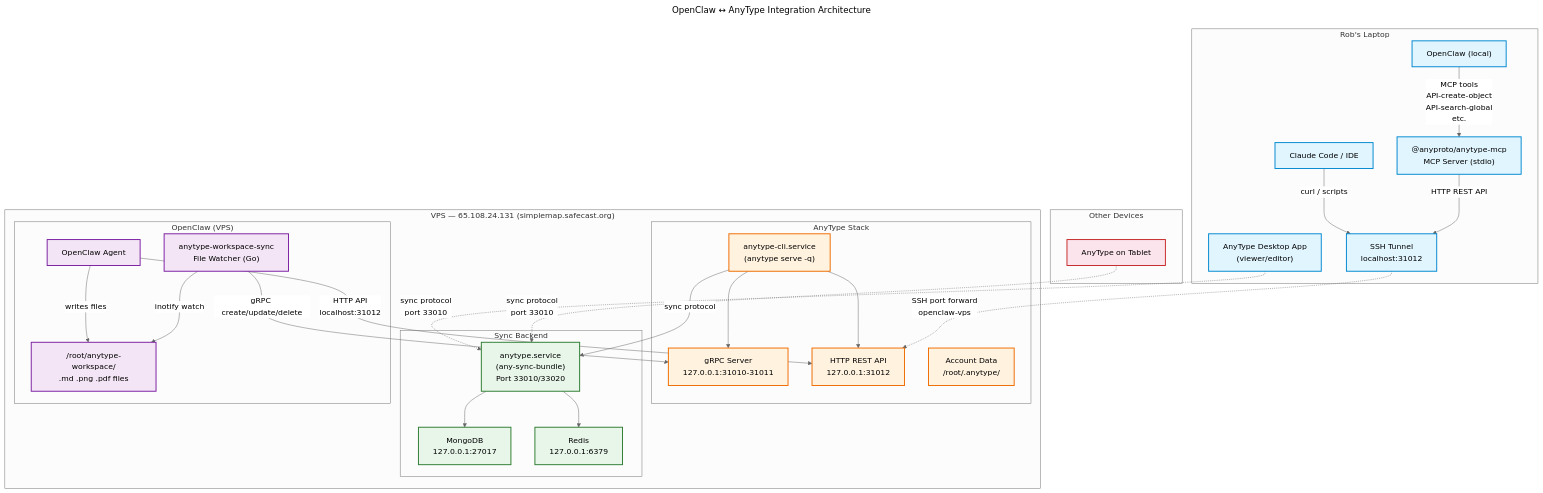
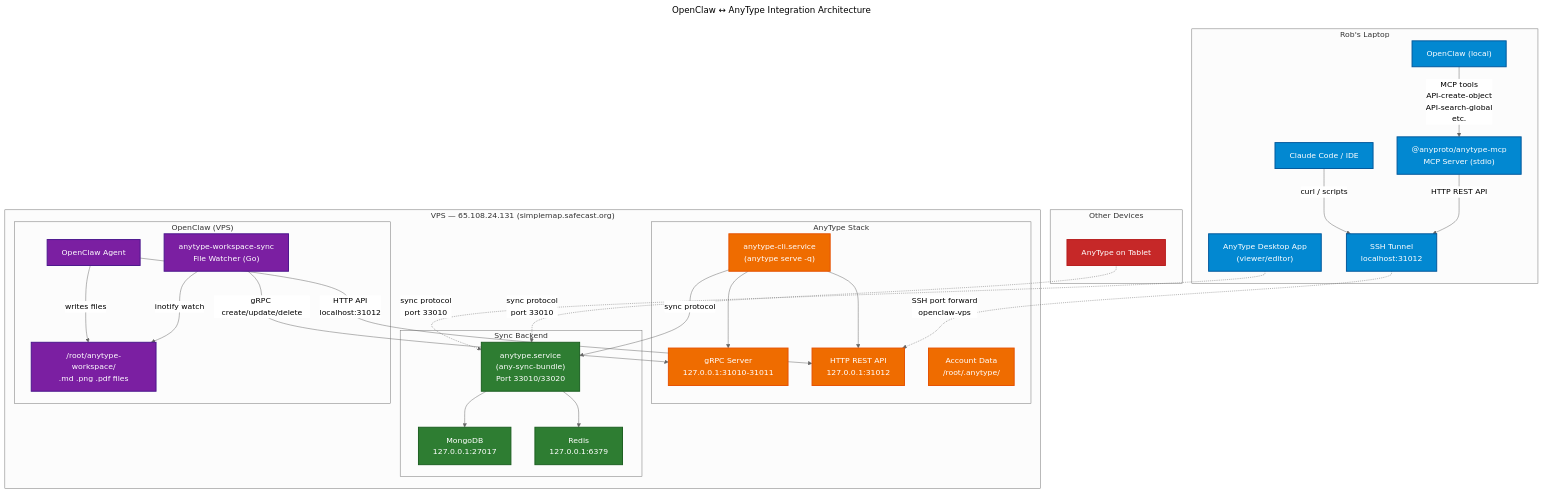
One commit to robouden/openclaw-workspace changed the diagram in ANYTYPE-ARCHITECTURE.mmd. Above: the diagram before and after it, drawn with Mermaid (neutral theme).

Commit message:
fix: Use solid colors with white text in architecture diagram for dark mode
Entire-Checkpoint: c7b02209c0aa

```diff
--- a/ANYTYPE-ARCHITECTURE.mmd
+++ b/ANYTYPE-ARCHITECTURE.mmd
@@ -1,67 +1,67 @@
 ---
 title: OpenClaw ↔ AnyType Integration Architecture
 ---
 graph TB
     subgraph LAPTOP["Rob's Laptop"]
         OC_L["OpenClaw (local)"]
         MCP["@anyproto/anytype-mcp<br/>MCP Server (stdio)"]
         SSH_L["SSH Tunnel<br/>localhost:31012"]
         AT_APP["AnyType Desktop App<br/>(viewer/editor)"]
         CC["Claude Code / IDE"]
 
         OC_L -->|"MCP tools<br/>API-create-object<br/>API-search-global<br/>etc."| MCP
         CC -->|"curl / scripts"| SSH_L
         MCP -->|"HTTP REST API"| SSH_L
     end
 
     subgraph VPS["VPS — 65.108.24.131 (simplemap.safecast.org)"]
         subgraph ANYTYPE_STACK["AnyType Stack"]
             AT_CLI["anytype-cli.service<br/>(anytype serve -q)"]
             GRPC["gRPC Server<br/>127.0.0.1:31010-31011"]
             HTTP_API["HTTP REST API<br/>127.0.0.1:31012"]
             AT_DATA["Account Data<br/>/root/.anytype/"]
         end
 
         subgraph SYNC_BACKEND["Sync Backend"]
             AT_BUNDLE["anytype.service<br/>(any-sync-bundle)<br/>Port 33010/33020"]
             MONGO["MongoDB<br/>127.0.0.1:27017"]
             REDIS["Redis<br/>127.0.0.1:6379"]
         end
 
         subgraph OPENCLAW_VPS["OpenClaw (VPS)"]
             OC_V["OpenClaw Agent"]
             WATCHER["anytype-workspace-sync<br/>File Watcher (Go)"]
             WORKSPACE["/root/anytype-workspace/<br/>.md .png .pdf files"]
         end
 
         AT_CLI --> GRPC
         AT_CLI --> HTTP_API
         AT_CLI -->|"sync protocol"| AT_BUNDLE
         AT_BUNDLE --> MONGO
         AT_BUNDLE --> REDIS
 
         OC_V -->|"HTTP API<br/>localhost:31012"| HTTP_API
         OC_V -->|"writes files"| WORKSPACE
         WATCHER -->|"inotify watch"| WORKSPACE
         WATCHER -->|"gRPC create/update/delete"| GRPC
     end
 
     subgraph DEVICES["Other Devices"]
         TABLET["AnyType on Tablet"]
     end
 
     SSH_L -.->|"SSH port forward<br/>openclaw-vps"| HTTP_API
     AT_APP -.->|"sync protocol<br/>port 33010"| AT_BUNDLE
     TABLET -.->|"sync protocol<br/>port 33010"| AT_BUNDLE
 
-    classDef laptop fill:#e1f5fe,stroke:#0288d1,stroke-width:2px
-    classDef vps fill:#f3e5f5,stroke:#7b1fa2,stroke-width:2px
-    classDef anytype fill:#fff3e0,stroke:#ef6c00,stroke-width:2px
-    classDef sync fill:#e8f5e9,stroke:#2e7d32,stroke-width:2px
-    classDef device fill:#fce4ec,stroke:#c62828,stroke-width:2px
+    classDef laptop fill:#0288d1,stroke:#01579b,stroke-width:2px,color:#fff
+    classDef vps fill:#7b1fa2,stroke:#4a148c,stroke-width:2px,color:#fff
+    classDef anytype fill:#ef6c00,stroke:#e65100,stroke-width:2px,color:#fff
+    classDef sync fill:#2e7d32,stroke:#1b5e20,stroke-width:2px,color:#fff
+    classDef device fill:#c62828,stroke:#b71c1c,stroke-width:2px,color:#fff
 
     class OC_L,MCP,SSH_L,AT_APP,CC laptop
     class AT_CLI,GRPC,HTTP_API,AT_DATA anytype
     class AT_BUNDLE,MONGO,REDIS sync
     class OC_V,WATCHER,WORKSPACE vps
     class TABLET device
```
